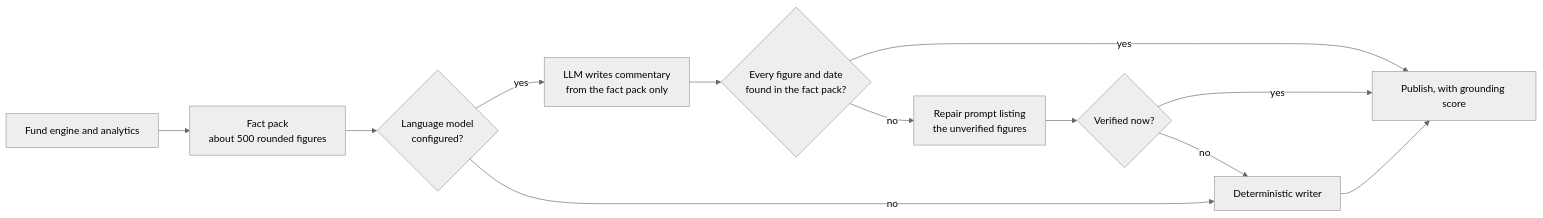
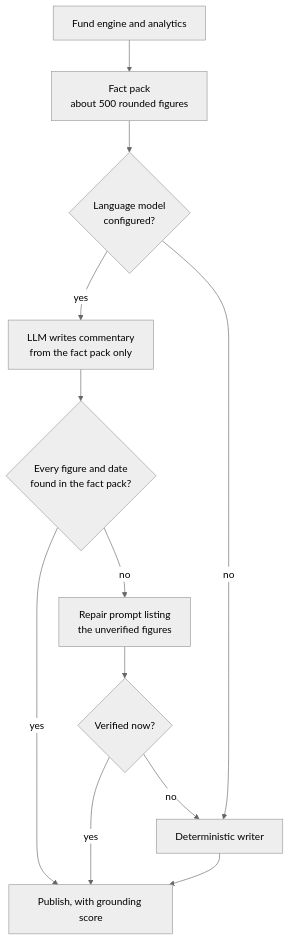
The diagram in docs/ai_layer.md (Priyanka-Finance/PE-Fund-Waterfall-Carry-Analytics), drawn with Mermaid (neutral theme) before and after one commit. The commit also changed 3 other files, not shown here.

````diff
--- a/docs/ai_layer.md
+++ b/docs/ai_layer.md
@@ -14,14 +14,14 @@
 ```mermaid
-flowchart LR
+flowchart TD
     A[Fund engine and analytics] --> B[Fact pack<br/>about 500 rounded figures]
     B --> C{Language model<br/>configured?}
     C -- yes --> D[LLM writes commentary<br/>from the fact pack only]
     C -- no --> G[Deterministic writer]
     D --> E{Every figure and date<br/>found in the fact pack?}
     E -- yes --> H[Publish, with grounding score]
     E -- no --> F[Repair prompt listing<br/>the unverified figures]
     F --> E2{Verified now?}
     E2 -- yes --> H
     E2 -- no --> G
     G --> H
 ```
````
